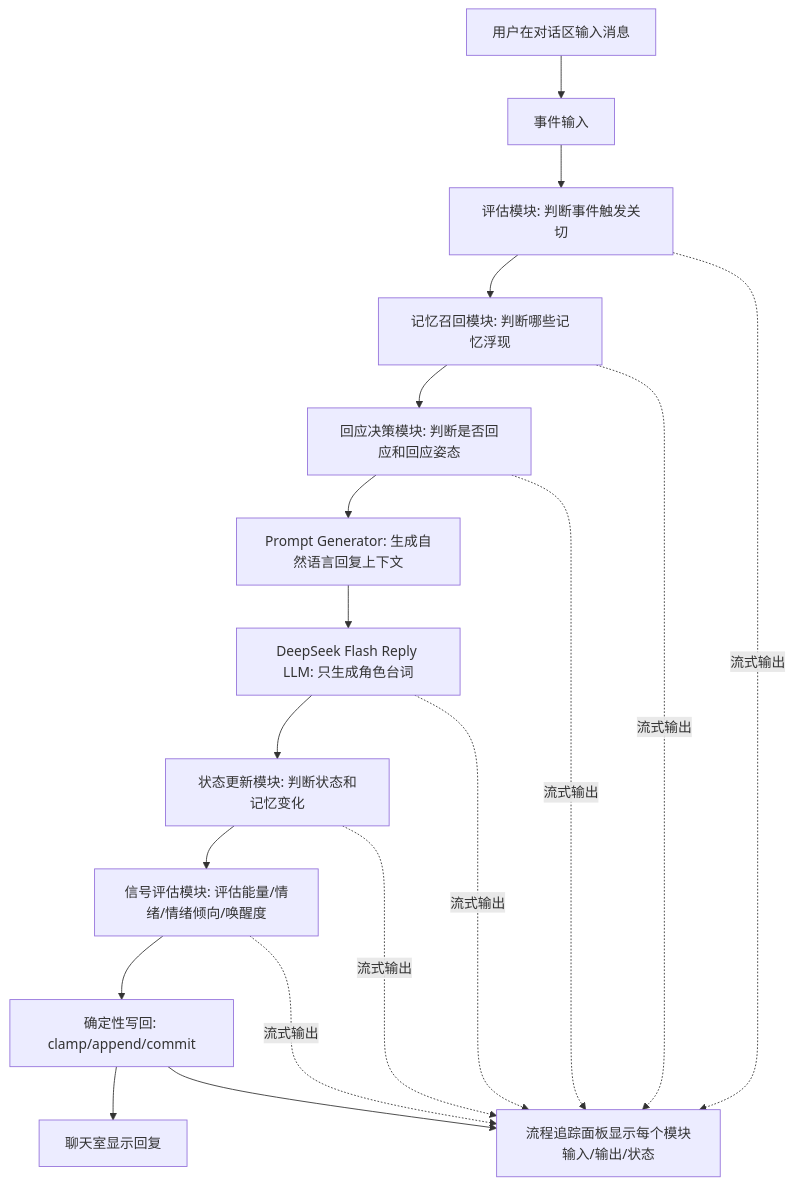
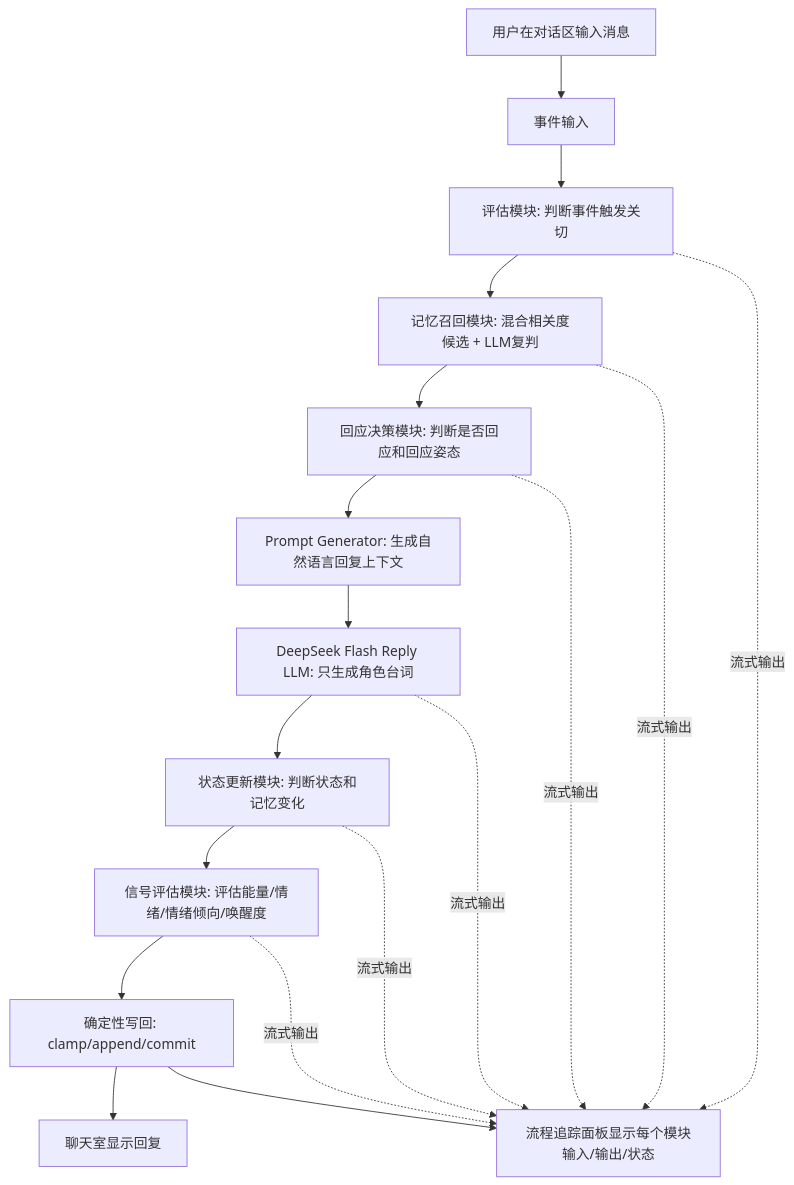
Before and after one commit to ttmanthatman/virtual-human-flow: the fourth of 9 diagrams in docs/SYSTEM_FLOW.md, drawn with Mermaid. The commit also changed other lines of this file and 6 other files, not shown here.

````diff
--- a/docs/SYSTEM_FLOW.md
+++ b/docs/SYSTEM_FLOW.md
@@ -80,20 +82,20 @@
 ```mermaid
 flowchart TD
     U[用户在对话区输入消息] --> E[事件输入]
     E --> A[评估模块: 判断事件触发关切]
-    A --> M[记忆召回模块: 判断哪些记忆浮现]
+    A --> M[记忆召回模块: 混合相关度候选 + LLM复判]
     M --> D[回应决策模块: 判断是否回应和回应姿态]
     D --> P[Prompt Generator: 生成自然语言回复上下文]
     P --> R[DeepSeek Flash Reply LLM: 只生成角色台词]
     R --> S[状态更新模块: 判断状态和记忆变化]
     S --> G[信号评估模块: 评估能量/情绪/情绪倾向/唤醒度]
     G --> W[确定性写回: clamp/append/commit]
     W --> C[聊天室显示回复]
     W --> T[流程追踪面板显示每个模块输入/输出/状态]
     A -. 流式输出 .-> T
     M -. 流式输出 .-> T
     D -. 流式输出 .-> T
     R -. 流式输出 .-> T
     S -. 流式输出 .-> T
     G -. 流式输出 .-> T
 ```
````
